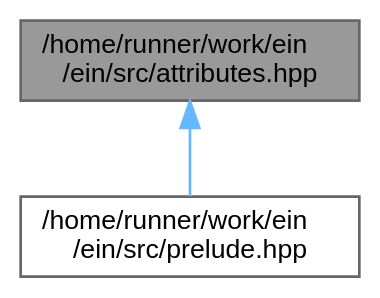
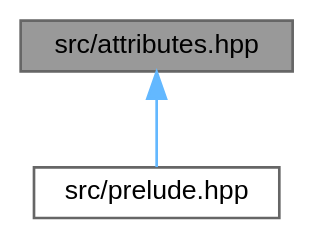
Before and after one commit to ekmett/ein: the diagram in d9/d54/attributes_8hpp__dep__incl.dot, drawn with Graphviz. The commit also changed 79 other files, not shown here.

```diff
--- a/d9/d54/attributes_8hpp__dep__incl.dot
+++ b/d9/d54/attributes_8hpp__dep__incl.dot
@@ -1,10 +1,10 @@
-digraph "/home/runner/work/ein/ein/src/attributes.hpp"
+digraph "src/attributes.hpp"
 {
  // LATEX_PDF_SIZE
   bgcolor="transparent";
   edge [fontname=Helvetica,fontsize=10,labelfontname=Helvetica,labelfontsize=10];
   node [fontname=Helvetica,fontsize=10,shape=box,height=0.2,width=0.4];
-  Node1 [id="Node000001",label="/home/runner/work/ein\l/ein/src/attributes.hpp",height=0.2,width=0.4,color="gray40", fillcolor="grey60", style="filled", fontcolor="black",tooltip="defines used to indicate useful attributes for the compiler"];
+  Node1 [id="Node000001",label="src/attributes.hpp",height=0.2,width=0.4,color="gray40", fillcolor="grey60", style="filled", fontcolor="black",tooltip="defines used to indicate useful attributes for the compiler"];
   Node1 -> Node2 [id="edge1_Node000001_Node000002",dir="back",color="steelblue1",style="solid",tooltip=" "];
-  Node2 [id="Node000002",label="/home/runner/work/ein\l/ein/src/prelude.hpp",height=0.2,width=0.4,color="grey40", fillcolor="white", style="filled",URL="$de/d13/prelude_8hpp.html",tooltip="precompiled header"];
+  Node2 [id="Node000002",label="src/prelude.hpp",height=0.2,width=0.4,color="grey40", fillcolor="white", style="filled",URL="$de/d13/prelude_8hpp.html",tooltip="precompiled header"];
 }
```
